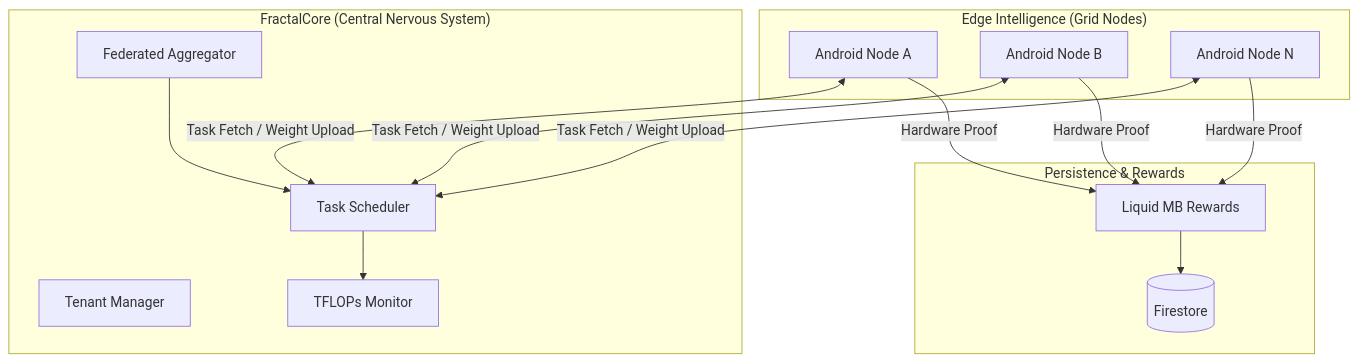
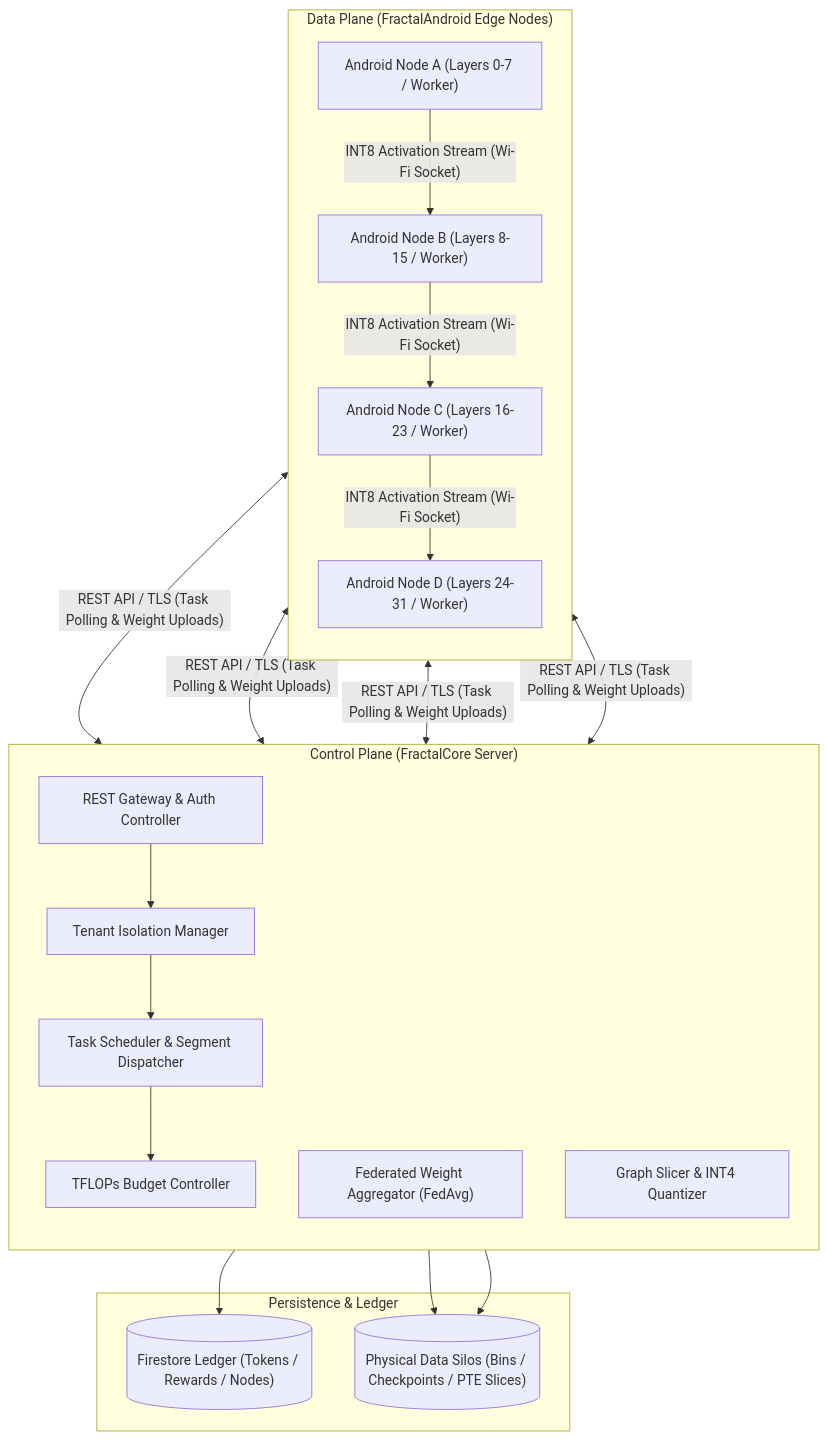
One commit to Fractal-Compute-Orchestrations/FractalWorkspace changed the first of 3 diagrams in README.md. Above: the diagram before and after it, drawn with Mermaid. The commit also changed other lines of this file and 2 other files, not shown here.

Commit message:
docs: overhaul ecosystem architecture documentation and system contracts

````diff
--- a/README.md
+++ b/README.md
@@ -38,26 +36,39 @@
 ```mermaid
 graph TD
-    subgraph "FractalCore (Central Nervous System)"
-        TS[Task Scheduler]
-        FA[Federated Aggregator]
-        TM[Tenant Manager]
-        Budget[TFLOPs Monitor]
+    subgraph ControlPlane ["Control Plane (FractalCore Server)"]
+        direction TB
+        API["REST Gateway & Auth Controller"]
+        TM["Tenant Isolation Manager"]
+        TS["Task Scheduler & Segment Dispatcher"]
+        FA["Federated Weight Aggregator (FedAvg)"]
+        Slicer["Graph Slicer & INT4 Quantizer"]
+        Budget["TFLOPs Budget Controller"]
     end
 
-    subgraph "Edge Intelligence (Grid Nodes)"
-        C1[Android Node A]
-        C2[Android Node B]
-        CN[Android Node N]
+    subgraph DataPlane ["Data Plane (FractalAndroid Edge Nodes)"]
+        direction TB
+        N1["Android Node A (Layers 0-7 / Worker)"]
+        N2["Android Node B (Layers 8-15 / Worker)"]
+        N3["Android Node C (Layers 16-23 / Worker)"]
+        N4["Android Node D (Layers 24-31 / Worker)"]
     end
 
-    subgraph "Persistence & Rewards"
-        FS[(Firestore)]
-        RM[Liquid MB Rewards]
+    subgraph PersistenceLayer ["Persistence & Ledger"]
+        FS[("Firestore Ledger (Tokens / Rewards / Nodes)")]
+        Disk[("Physical Data Silos (Bins / Checkpoints / PTE Slices)")]
     end
 
-    C1 & C2 & CN <-->|Task Fetch / Weight Upload| TS
+    %% Control Plane Internal Flow
+    API --> TM
+    TM --> TS
     TS --> Budget
-    FA --> TS
-    C1 & C2 & CN -->|Hardware Proof| RM
-    RM --> FS
+    FA --> Disk
+    Slicer --> Disk
+    API --> FS
+
+    %% Network Interactions
+    N1 & N2 & N3 & N4 <-->|"REST API / TLS (Task Polling & Weight Uploads)"| API
+    N1 -->|"INT8 Activation Stream (Wi-Fi Socket)"| N2
+    N2 -->|"INT8 Activation Stream (Wi-Fi Socket)"| N3
+    N3 -->|"INT8 Activation Stream (Wi-Fi Socket)"| N4
 ```
````
